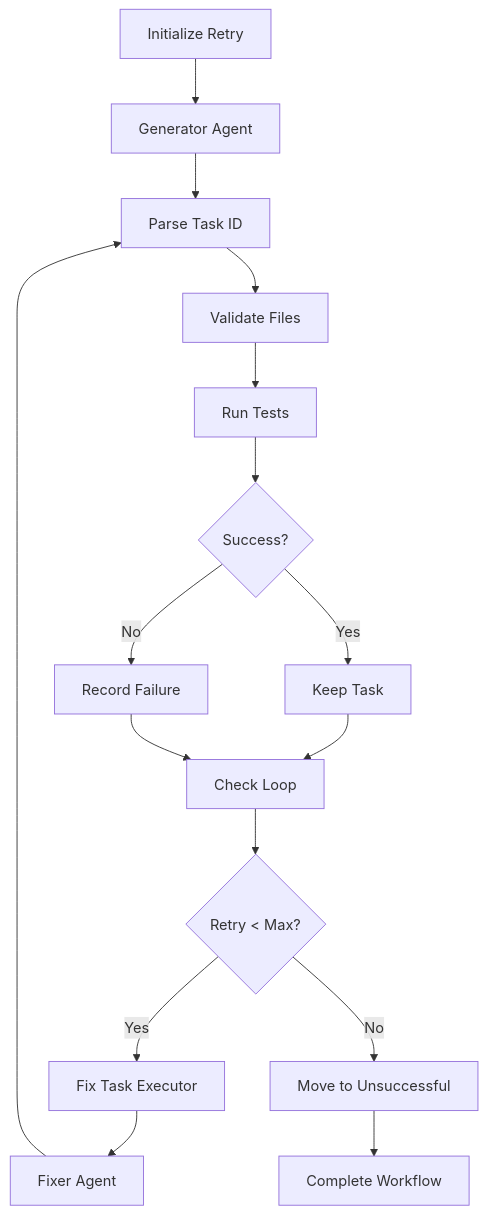
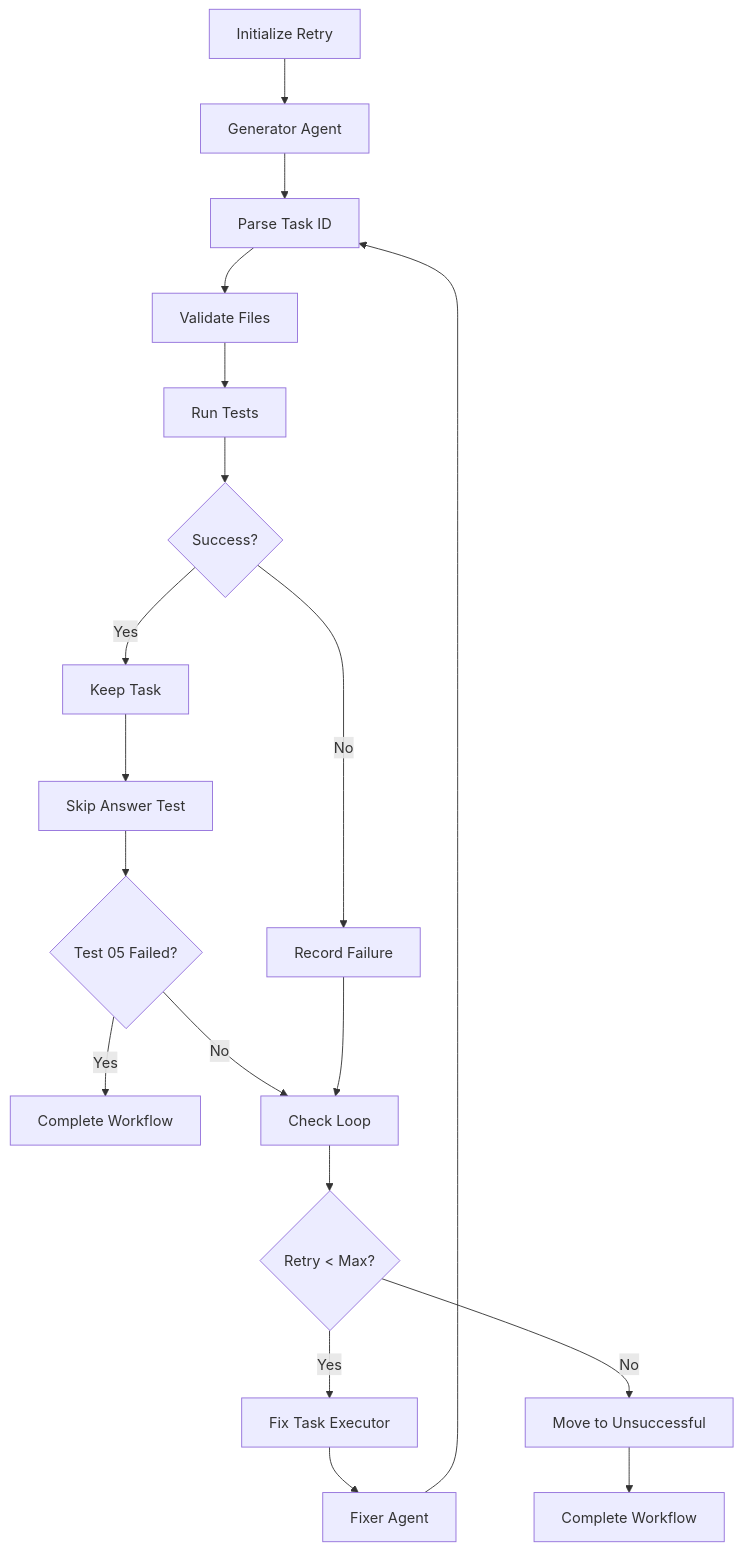
Before and after one commit to wongcyrus/k8s-game-rule-builder: the diagram in docs/FIX_WORKFLOW.md, drawn with Mermaid. The commit also changed other lines of this file and 6 other files, not shown here.

````diff
--- a/docs/FIX_WORKFLOW.md
+++ b/docs/FIX_WORKFLOW.md
@@ -27,18 +29,21 @@
 ```mermaid
 graph TD
     A[Initialize Retry] --> B[Generator Agent]
     B --> C[Parse Task ID]
     C --> D[Validate Files]
     D --> E[Run Tests]
     E --> F{Success?}
     F -->|Yes| G[Keep Task]
     F -->|No| H[Record Failure]
-    G --> I[Check Loop]
-    H --> I
-    I --> J{Retry < Max?}
-    J -->|Yes| K[Fix Task Executor]
-    J -->|No| L[Move to Unsuccessful]
-    K --> M[Fixer Agent]
-    M --> C
-    L --> N[Complete Workflow]
+    G --> SA[Skip Answer Test]
+    SA --> SAF{Test 05 Failed?}
+    SAF -->|Yes| I[Complete Workflow]
+    SAF -->|No| J[Check Loop]
+    H --> J
+    J --> K{Retry < Max?}
+    K -->|Yes| L[Fix Task Executor]
+    K -->|No| M[Move to Unsuccessful]
+    L --> N[Fixer Agent]
+    N --> C
+    M --> O[Complete Workflow]
 ```
````
